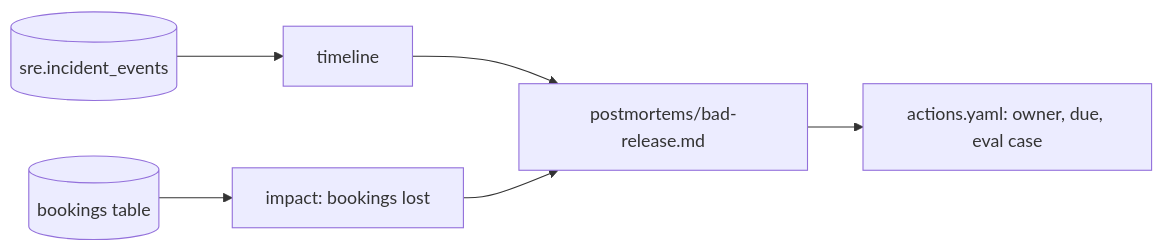
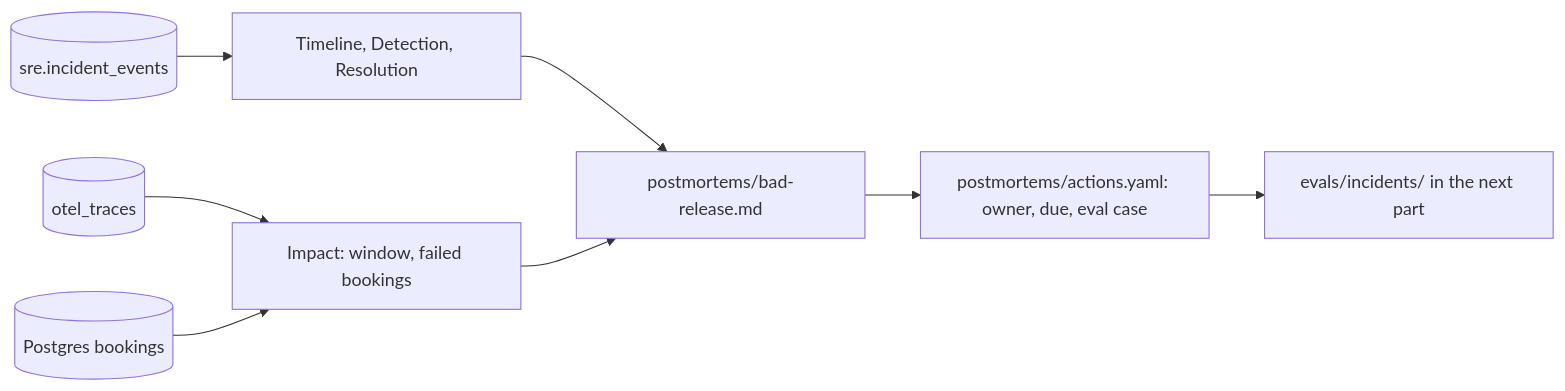
One commit to learnwithparam/ai-sre changed the diagram in parts/06-write-it-down/README.md. Above: the diagram before and after it, drawn with Mermaid. The commit also changed other lines of this file and 37 other files, not shown here.

````diff
--- a/parts/06-write-it-down/README.md
+++ b/parts/06-write-it-down/README.md
@@ -27,8 +30,10 @@
 ```mermaid
 flowchart LR
-  A[(sre.incident_events)] --> T[timeline]
-  P[(bookings table)] --> I[impact: bookings lost]
+  A[(sre.incident_events)] --> T[Timeline, Detection, Resolution]
+  O[(otel_traces)] --> I[Impact: window, failed bookings]
+  P[(Postgres bookings)] --> I
   T --> M[postmortems/bad-release.md]
   I --> M
-  M --> X[actions.yaml: owner, due, eval case]
+  M --> X[postmortems/actions.yaml: owner, due, eval case]
+  X --> E[evals/incidents/ in the next part]
 ```
````
